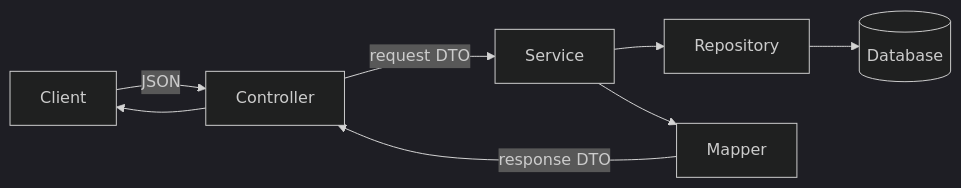
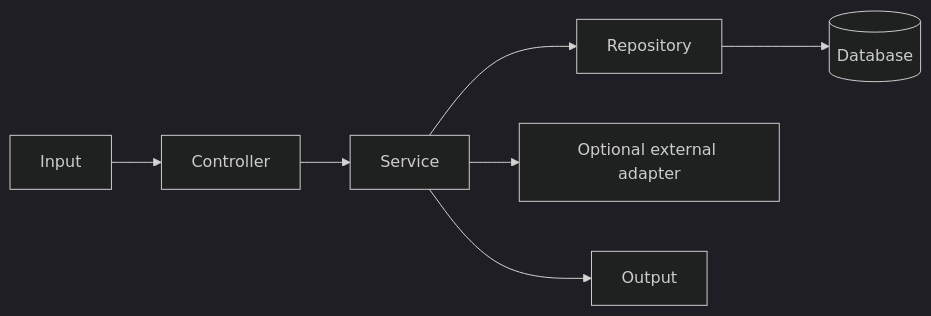
Before and after one commit to SidheshwarSarangal/spring-boot-project-blueprint: the second of 2 diagrams in README.md, drawn with Mermaid (dark theme). The commit also changed other lines of this file and 4 other files, not shown here.

````diff
--- a/README.md
+++ b/README.md
@@ -101,10 +173,9 @@
 ```mermaid
 flowchart LR
-    Client -->|JSON| Controller
-    Controller -->|request DTO| Service
+    Input --> Controller
+    Controller --> Service
     Service --> Repository
-    Repository --> Database[(Database)]
-    Service --> Mapper
-    Mapper -->|response DTO| Controller
-    Controller --> Client
+    Repository --> DB[(Database)]
+    Service --> Adapter[Optional external adapter]
+    Service --> Output
 ```
````
